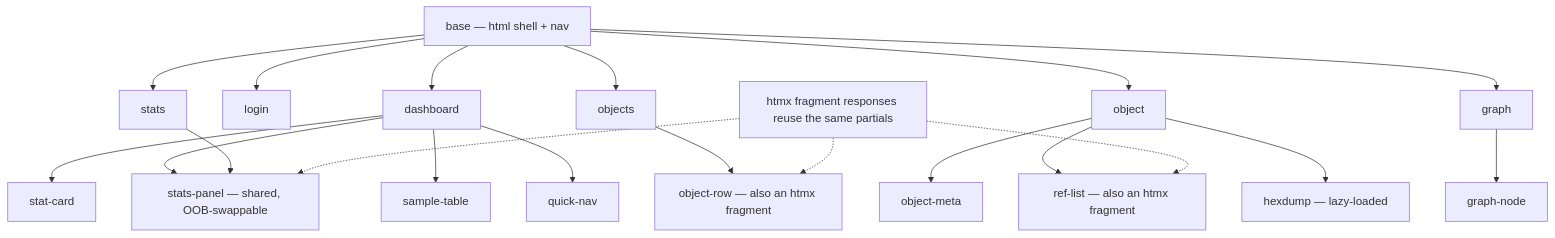
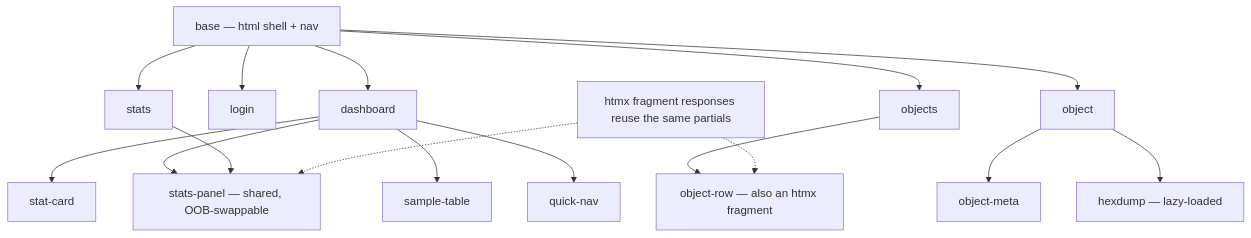
One commit to dmundt/go-cask changed the diagram in .github/instructions/viewer-design.instructions.md. Above: the diagram before and after it, drawn with Mermaid. The commit also changed other lines of this file and 5 other files, not shown here.

````diff
--- a/.github/instructions/viewer-design.instructions.md
+++ b/.github/instructions/viewer-design.instructions.md
@@ -155,22 +152,18 @@
 ```mermaid
 flowchart TB
     BASE["base — html shell + nav"] --> DASH["dashboard"]
     BASE --> LOGIN["login"]
     BASE --> OBJS["objects"]
     BASE --> OBJ["object"]
-    BASE --> GRAPH["graph"]
     BASE --> STATS["stats"]
     DASH --> STATCARD["stat-card"]
     DASH --> STATSP["stats-panel — shared, OOB-swappable"]
     DASH --> SAMPLE["sample-table"]
     DASH --> QNAV["quick-nav"]
     OBJS --> OROW["object-row — also an htmx fragment"]
     OBJ --> OMETA["object-meta"]
-    OBJ --> REFL["ref-list — also an htmx fragment"]
     OBJ --> HEX["hexdump — lazy-loaded"]
-    GRAPH --> GNODE["graph-node"]
     STATS --> STATSP
     FRAG["htmx fragment responses reuse the same partials"] -.-> OROW
-    FRAG -.-> REFL
     FRAG -.-> STATSP
 ```
````
